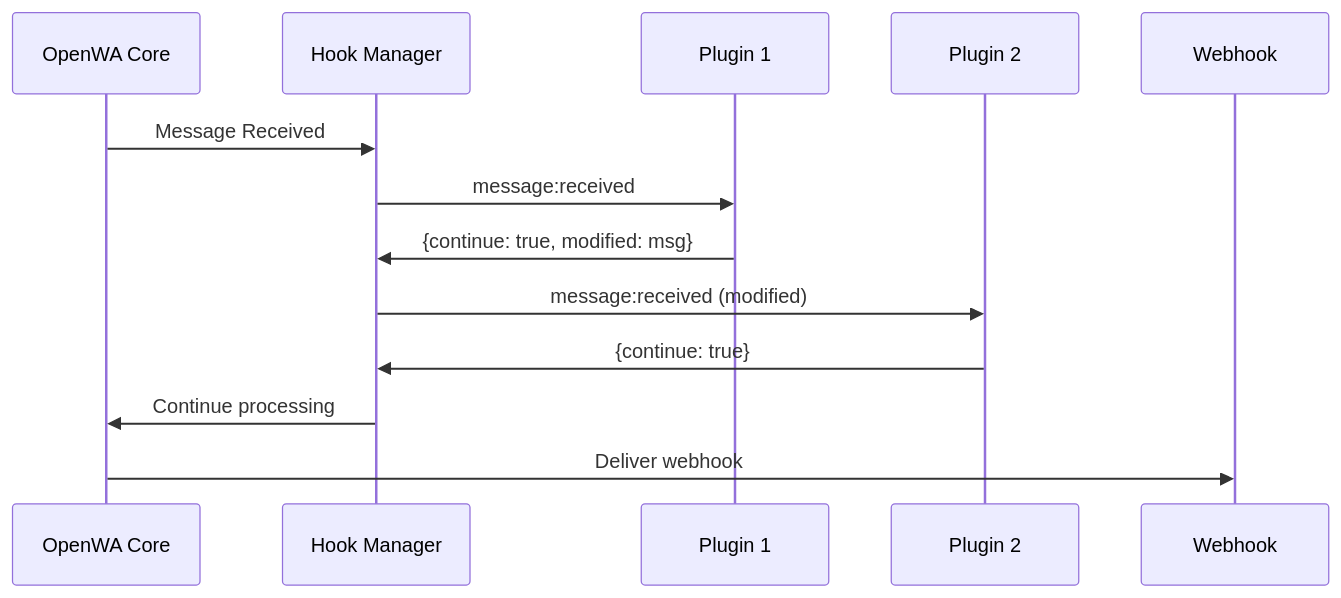
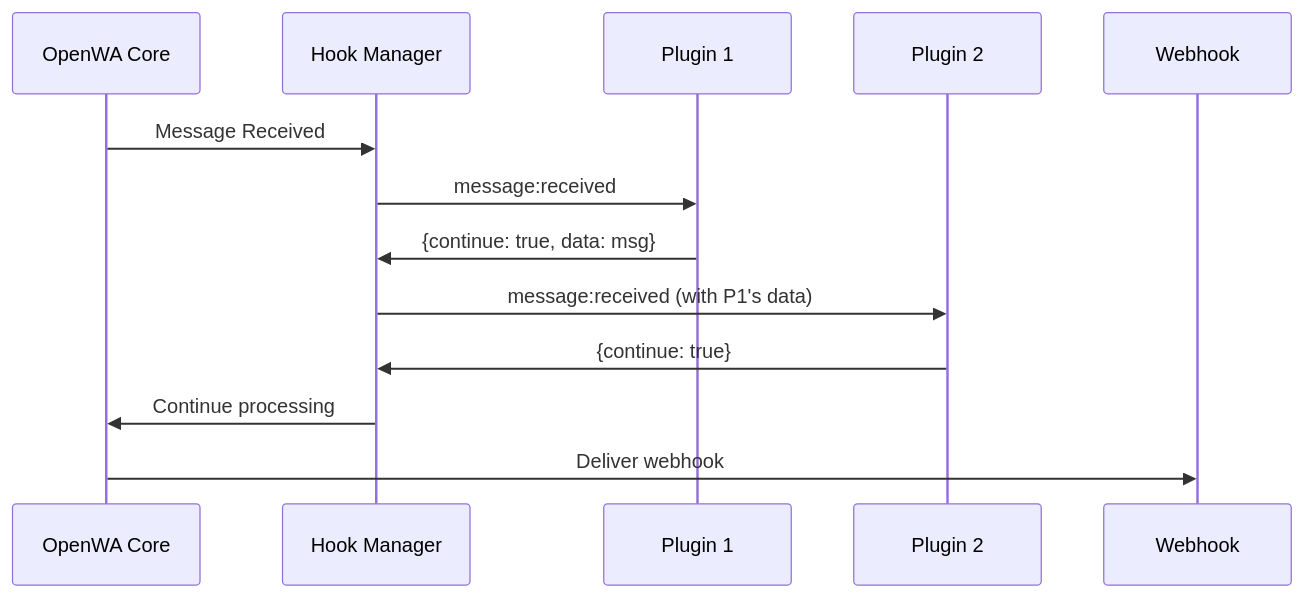
One commit to Carnaval-Team/VentIQ-seller-App changed the third of 3 diagrams in ventiq_admin_app/docs_wapi/19-plugin-architecture.md. Above: the diagram before and after it, drawn with Mermaid. The commit also changed other lines of this file and 39 other files, not shown here.

````diff
--- a/ventiq_admin_app/docs_wapi/19-plugin-architecture.md
+++ b/ventiq_admin_app/docs_wapi/19-plugin-architecture.md
@@ -406,16 +380,16 @@
 ```mermaid
 sequenceDiagram
     participant Core as OpenWA Core
     participant HM as Hook Manager
     participant P1 as Plugin 1
     participant P2 as Plugin 2
     participant WH as Webhook
 
     Core->>HM: Message Received
     HM->>P1: message:received
-    P1->>HM: {continue: true, modified: msg}
-    HM->>P2: message:received (modified)
+    P1->>HM: {continue: true, data: msg}
+    HM->>P2: message:received (with P1's data)
     P2->>HM: {continue: true}
     HM->>Core: Continue processing
     Core->>WH: Deliver webhook
 ```
````
